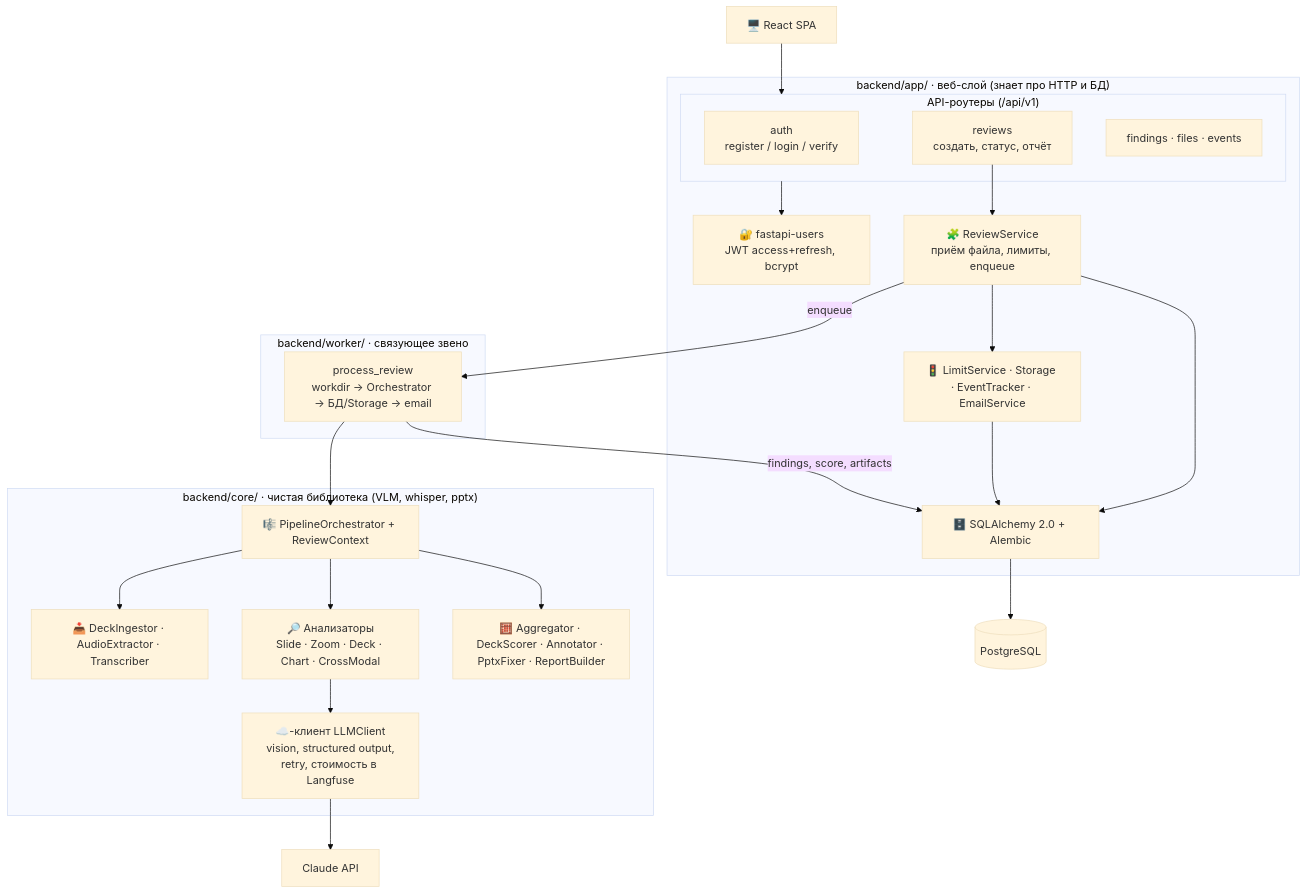
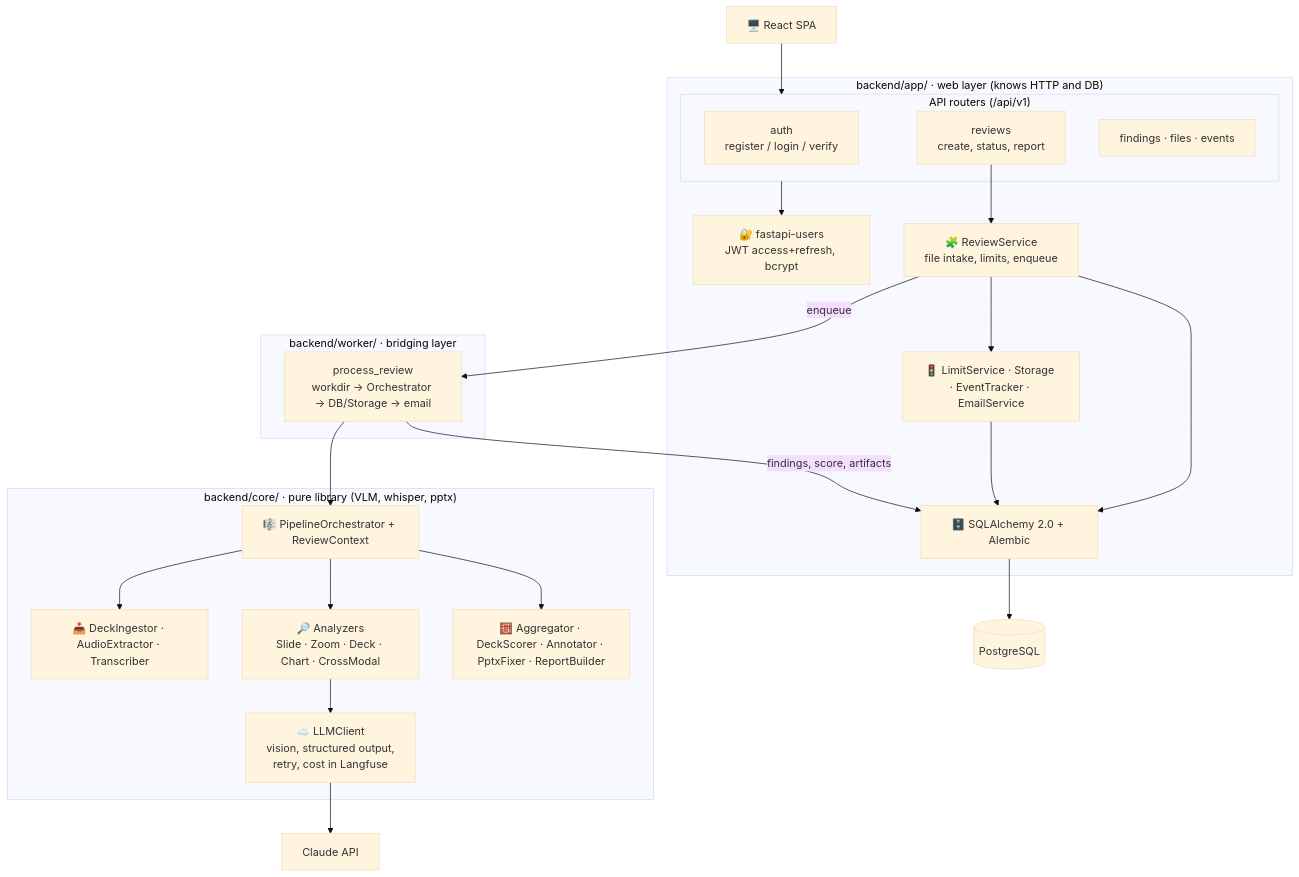
Before and after one commit to SlideLens/Achitecture: the third of 6 diagrams in docs/C4.md, drawn with Mermaid (base theme). The commit also changed other lines of this file and 24 other files, not shown here.

````diff
--- a/docs/C4.md
+++ b/docs/C4.md
@@ -67,47 +67,47 @@
 ```mermaid
 flowchart TB
     spa["🖥️ React SPA"]
 
-    subgraph app["backend/app/ · веб-слой (знает про HTTP и БД)"]
-        subgraph routers["API-роутеры (/api/v1)"]
+    subgraph app["backend/app/ · web layer (knows HTTP and DB)"]
+        subgraph routers["API routers (/api/v1)"]
             r_auth["auth<br/>register / login / verify"]
-            r_rev["reviews<br/>создать, статус, отчёт"]
+            r_rev["reviews<br/>create, status, report"]
             r_find["findings · files · events"]
         end
         auth["🔐 fastapi-users<br/>JWT access+refresh, bcrypt"]
-        rev_svc["🧩 ReviewService<br/>приём файла, лимиты, enqueue"]
+        rev_svc["🧩 ReviewService<br/>file intake, limits, enqueue"]
         limits["🚦 LimitService · Storage · EventTracker · EmailService"]
         orm["🗄️ SQLAlchemy 2.0 + Alembic"]
     end
 
-    subgraph worker["backend/worker/ · связующее звено"]
-        task["process_review<br/>workdir → Orchestrator → БД/Storage → email"]
+    subgraph worker["backend/worker/ · bridging layer"]
+        task["process_review<br/>workdir → Orchestrator → DB/Storage → email"]
     end
 
-    subgraph core["backend/core/ · чистая библиотека (VLM, whisper, pptx)"]
+    subgraph core["backend/core/ · pure library (VLM, whisper, pptx)"]
         orch["🎼 PipelineOrchestrator + ReviewContext"]
-        llm["☁️-клиент LLMClient<br/>vision, structured output,<br/>retry, стоимость в Langfuse"]
+        llm["☁️ LLMClient<br/>vision, structured output,<br/>retry, cost in Langfuse"]
         ingest["📥 DeckIngestor · AudioExtractor · Transcriber"]
-        analyzers["🔎 Анализаторы<br/>Slide · Zoom · Deck · Chart · CrossModal"]
+        analyzers["🔎 Analyzers<br/>Slide · Zoom · Deck · Chart · CrossModal"]
         assemble["🧮 Aggregator · DeckScorer · Annotator · PptxFixer · ReportBuilder"]
     end
 
     db[("PostgreSQL")]
     vlm["Claude API"]
 
     spa --> routers
     routers --> auth
     r_rev --> rev_svc
     rev_svc --> limits
     rev_svc --> orm
     rev_svc -- "enqueue" --> task
     task --> orch
     orch --> ingest
     orch --> analyzers
     orch --> assemble
     analyzers --> llm
     llm --> vlm
     limits --> orm
     orm --> db
     task -- "findings, score, artifacts" --> orm
 ```
````
